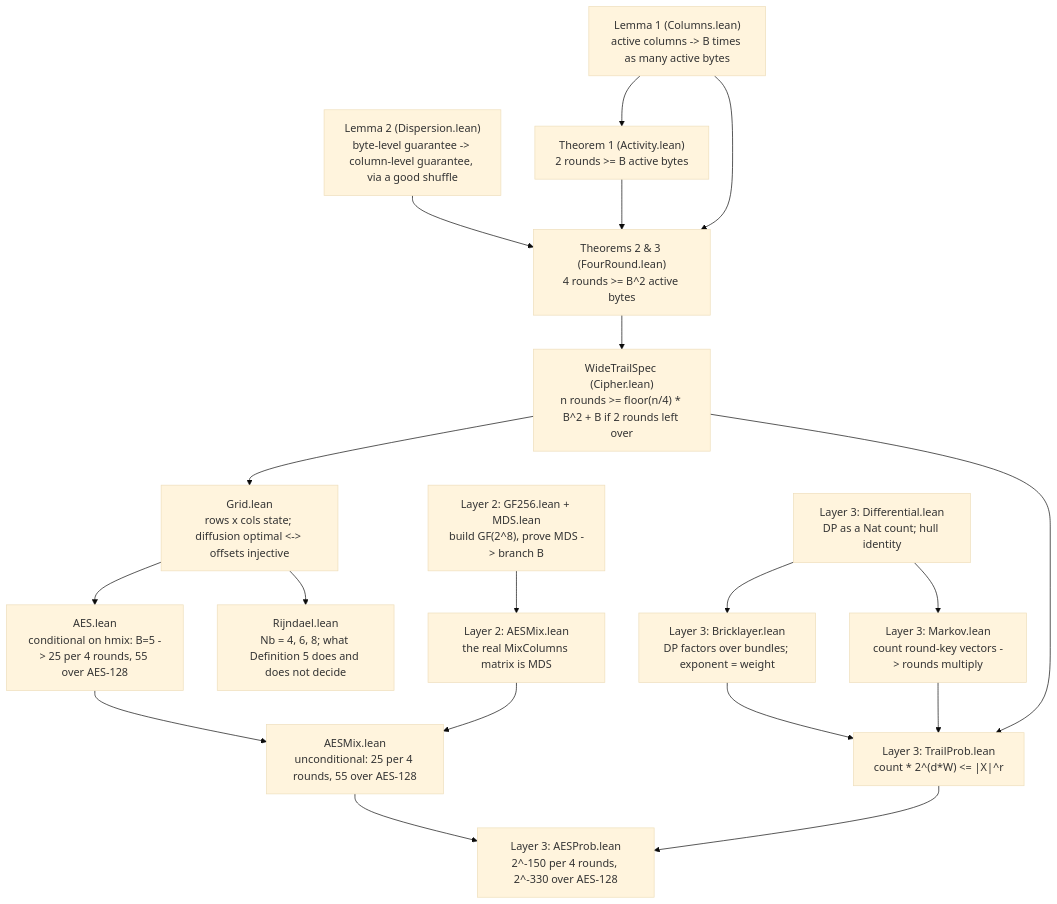
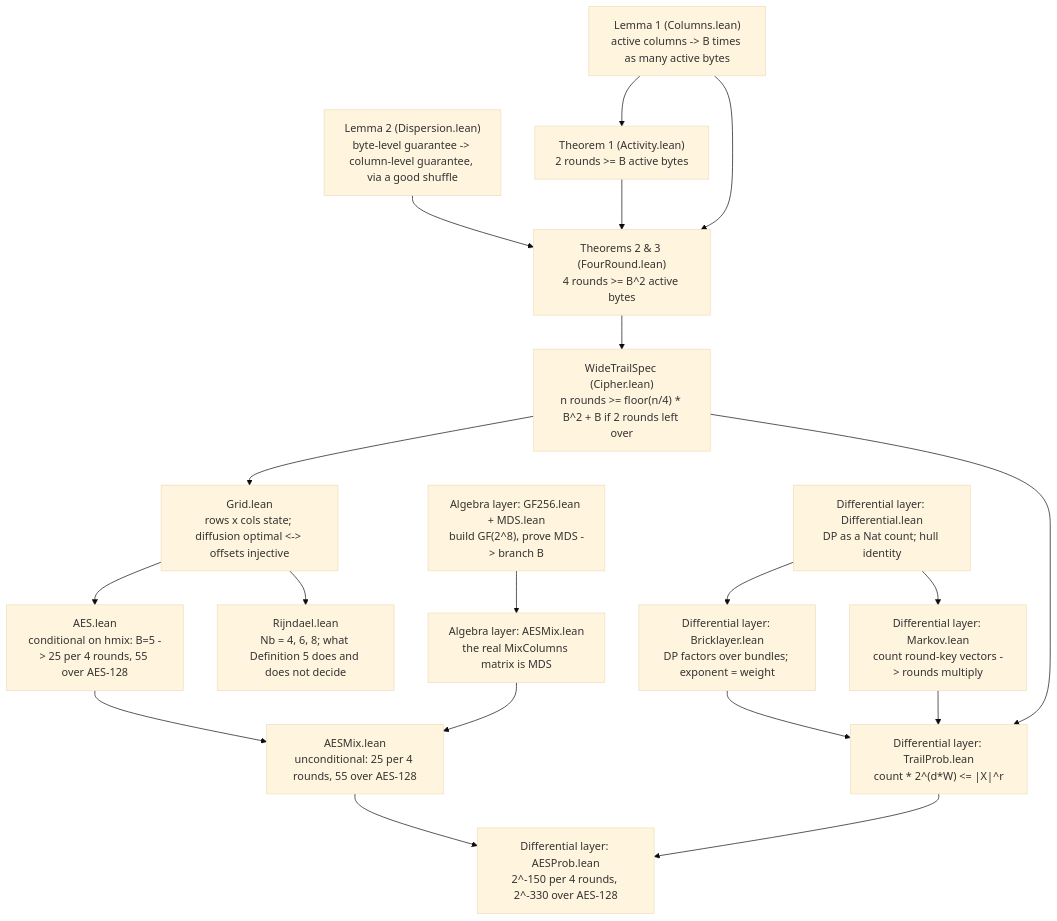
One commit to 4waan/Wide-Trail-formal-verification changed the second of 2 diagrams in README.md. Above: the diagram before and after it, drawn with Mermaid (base theme). The commit also changed other lines of this file and 58 other files, not shown here.

Commit message:
refactor: name propagation, algebra, and differential layers

````diff
--- a/README.md
+++ b/README.md
@@ -169,38 +169,38 @@
 ```mermaid
 flowchart TD
     L1["Lemma 1 (Columns.lean)\nactive columns -> B times as many active bytes"]
     L2["Lemma 2 (Dispersion.lean)\nbyte-level guarantee -> column-level guarantee, via a good shuffle"]
     T1["Theorem 1 (Activity.lean)\n2 rounds >= B active bytes"]
     T4["Theorems 2 & 3 (FourRound.lean)\n4 rounds >= B^2 active bytes"]
     SPEC["WideTrailSpec (Cipher.lean)\nn rounds >= floor(n/4) * B^2 + B if 2 rounds left over"]
     GRID["Grid.lean\nrows x cols state; diffusion optimal <-> offsets injective"]
     AES["AES.lean\nconditional on hmix: B=5 -> 25 per 4 rounds, 55 over AES-128"]
     RIJ["Rijndael.lean\nNb = 4, 6, 8; what Definition 5 does and does not decide"]
-    GFMDS["Layer 2: GF256.lean + MDS.lean\nbuild GF(2^8), prove MDS -> branch B"]
-    AESMIX["Layer 2: AESMix.lean\nthe real MixColumns matrix is MDS"]
+    GFMDS["Algebra layer: GF256.lean + MDS.lean\nbuild GF(2^8), prove MDS -> branch B"]
+    AESMIX["Algebra layer: AESMix.lean\nthe real MixColumns matrix is MDS"]
     CONCRETE["AESMix.lean\nunconditional: 25 per 4 rounds, 55 over AES-128"]
-    DIFF["Layer 3: Differential.lean\nDP as a Nat count; hull identity"]
-    BRICK["Layer 3: Bricklayer.lean\nDP factors over bundles; exponent = weight"]
-    MARKOV["Layer 3: Markov.lean\ncount round-key vectors -> rounds multiply"]
-    TPROB["Layer 3: TrailProb.lean\ncount * 2^(d*W) <= |X|^r"]
-    AESPROB["Layer 3: AESProb.lean\n2^-150 per 4 rounds, 2^-330 over AES-128"]
+    DIFF["Differential layer: Differential.lean\nDP as a Nat count; hull identity"]
+    BRICK["Differential layer: Bricklayer.lean\nDP factors over bundles; exponent = weight"]
+    MARKOV["Differential layer: Markov.lean\ncount round-key vectors -> rounds multiply"]
+    TPROB["Differential layer: TrailProb.lean\ncount * 2^(d*W) <= |X|^r"]
+    AESPROB["Differential layer: AESProb.lean\n2^-150 per 4 rounds, 2^-330 over AES-128"]
 
     L1 --> T1
     L1 --> T4
     L2 --> T4
     T1 --> T4
     T4 --> SPEC
     SPEC --> GRID
     GRID --> AES
     GRID --> RIJ
     GFMDS --> AESMIX
     AES --> CONCRETE
     AESMIX --> CONCRETE
     DIFF --> BRICK
     DIFF --> MARKOV
     BRICK --> TPROB
     MARKOV --> TPROB
     SPEC --> TPROB
     TPROB --> AESPROB
     CONCRETE --> AESPROB
 ```
````
